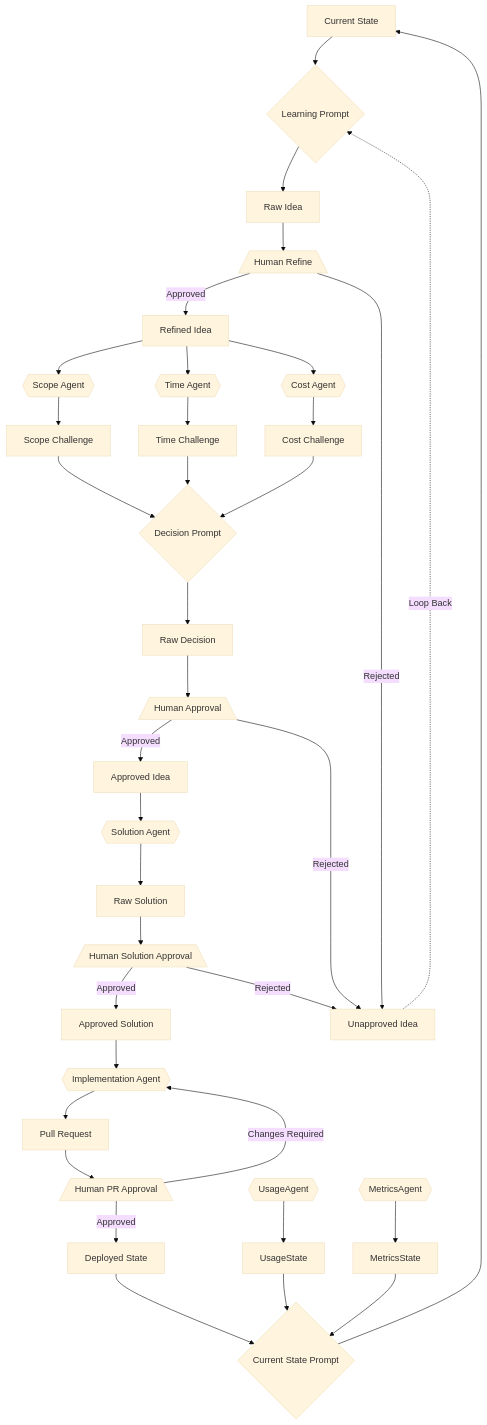
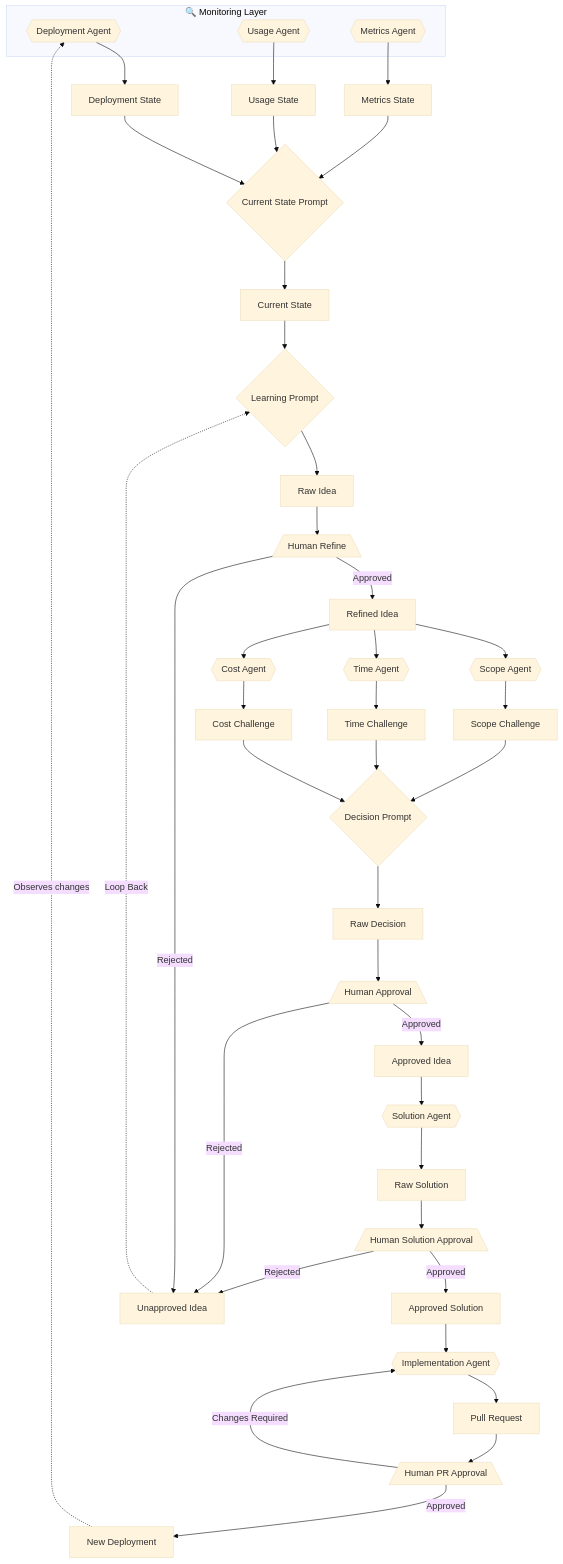
One commit to BlakeItOut/agents-running-a-data-mesh-demo changed the diagram in docs/architecture/agent-flow.md. Above: the diagram before and after it, drawn with Mermaid (base theme). The commit also changed other lines of this file and 21 other files, not shown here.

First line of the commit message:
feat: add agent orchestration foundation with monitoring layer

````diff
--- a/docs/architecture/agent-flow.md
+++ b/docs/architecture/agent-flow.md
@@ -3,62 +3,72 @@
 ```mermaid
 flowchart TD
-    %% Ideation Flow starts with Current State
-    CurrentState[Current State] --> LearningPrompt{Learning Prompt}
+    %% Monitoring Layer - Discovers and observes platform state
+    subgraph Monitoring["🔍 Monitoring Layer"]
+        DeploymentAgent{{Deployment Agent}}
+        UsageAgent{{Usage Agent}}
+        MetricsAgent{{Metrics Agent}}
+    end
+
+    %% Monitoring agents publish to state topics
+    DeploymentAgent --> DeploymentState[Deployment State]
+    UsageAgent --> UsageState[Usage State]
+    MetricsAgent --> MetricsState[Metrics State]
+
+    %% Current State Aggregation
+    DeploymentState --> CurrentStatePrompt{Current State Prompt}
+    UsageState --> CurrentStatePrompt
+    MetricsState --> CurrentStatePrompt
+    CurrentStatePrompt --> CurrentState[Current State]
+
+    %% Ideation Flow
+    CurrentState --> LearningPrompt{Learning Prompt}
     LearningPrompt --> RawIdea[Raw Idea]
     RawIdea --> HumanRefine[/Human Refine\]
 
     %% Early Approval Path
     HumanRefine -->|Approved| RefinedIdea[Refined Idea]
     HumanRefine -->|Rejected| UnapprovedIdea[Unapproved Idea]
 
     %% Evaluation Agents
     RefinedIdea --> ScopeAgent{{Scope Agent}}
     RefinedIdea --> TimeAgent{{Time Agent}}
     RefinedIdea --> CostAgent{{Cost Agent}}
 
     ScopeAgent --> ScopeChallenge[Scope Challenge]
     TimeAgent --> TimeChallenge[Time Challenge]
     CostAgent --> CostChallenge[Cost Challenge]
 
     %% Decision
     ScopeChallenge --> DecisionPrompt{Decision Prompt}
     TimeChallenge --> DecisionPrompt
     CostChallenge --> DecisionPrompt
 
     DecisionPrompt --> RawDecision[Raw Decision]
     RawDecision --> HumanApproval[/Human Approval\]
 
     %% Final Approval Paths
     HumanApproval -->|Approved| ApprovedIdea[Approved Idea]
     HumanApproval -->|Rejected| UnapprovedIdea
     UnapprovedIdea -.->|Loop Back| LearningPrompt
 
     %% Solution Design
     ApprovedIdea --> SolutionAgent{{Solution Agent}}
     SolutionAgent --> RawSolution[Raw Solution]
     RawSolution --> HumanSolutionApproval[/Human Solution Approval\]
 
     %% Solution Approval Paths
     HumanSolutionApproval -->|Approved| ApprovedSolution[Approved Solution]
     HumanSolutionApproval -->|Rejected| UnapprovedIdea
 
     %% Implementation
     ApprovedSolution --> ImplAgent{{Implementation Agent}}
     ImplAgent --> PullRequest[Pull Request]
     PullRequest --> HumanPRApproval[/Human PR Approval\]
 
-    %% Deployment Approval Paths
-    HumanPRApproval -->|Approved| DeployedState[Deployed State]
+    %% Deployment creates new state that monitoring agents observe
+    HumanPRApproval -->|Approved| NewDeployment[New Deployment]
     HumanPRApproval -->|Changes Required| ImplAgent
 
-    %% Monitoring (outside main flow)
-    UsageAgent{{UsageAgent}} --> UsageState[UsageState]
-    MetricsAgent{{MetricsAgent}} --> MetricsState[MetricsState]
-
-    %% Current State Aggregation
-    DeployedState --> CurrentStatePrompt{Current State Prompt}
-    UsageState --> CurrentStatePrompt
-    MetricsState --> CurrentStatePrompt
-
-    CurrentStatePrompt --> CurrentState[Current State]
+    %% Feedback loop - new deployments are observed by monitoring agents
+    NewDeployment -.->|Observes changes| DeploymentAgent
 ```
````
